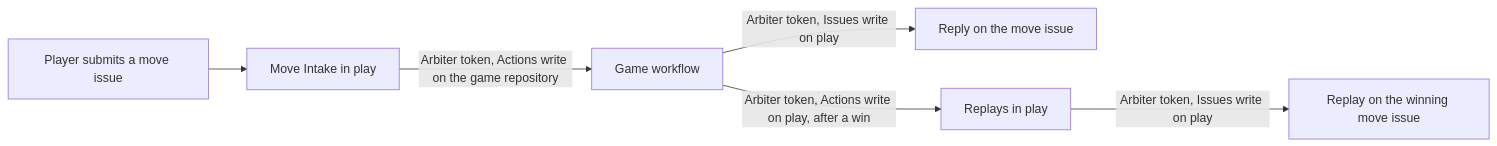
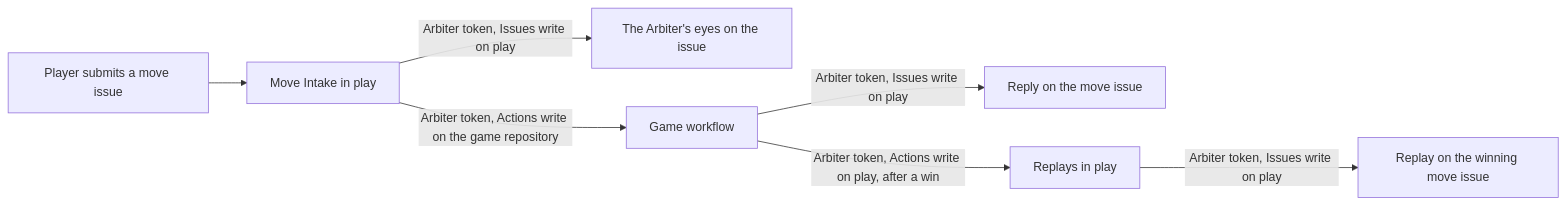
The diagram in docs/GitHub-App.md (tannergolden/play), drawn with Mermaid before and after one commit. The commit also changed other lines of this file and 13 other files, not shown here.

````diff
--- a/docs/GitHub-App.md
+++ b/docs/GitHub-App.md
@@ -47,8 +47,9 @@
 ```mermaid
 graph LR
     A[Player submits a move issue] --> B[Move Intake in play]
+    B -->|Arbiter token, Issues write on play| G[The Arbiter's eyes on the issue]
     B -->|Arbiter token, Actions write on the game repository| C[Game workflow]
     C -->|Arbiter token, Issues write on play| D[Reply on the move issue]
     C -->|Arbiter token, Actions write on play, after a win| E[Replays in play]
     E -->|Arbiter token, Issues write on play| F[Replay on the winning move issue]
 ```
````
